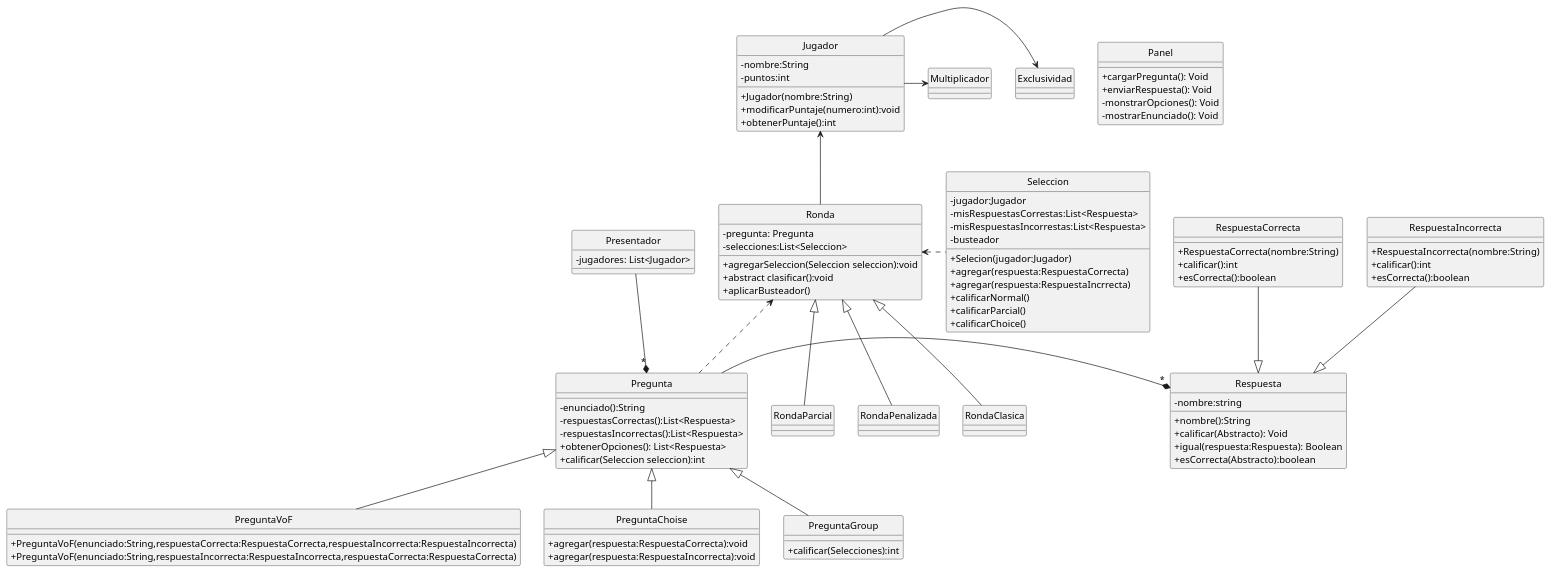
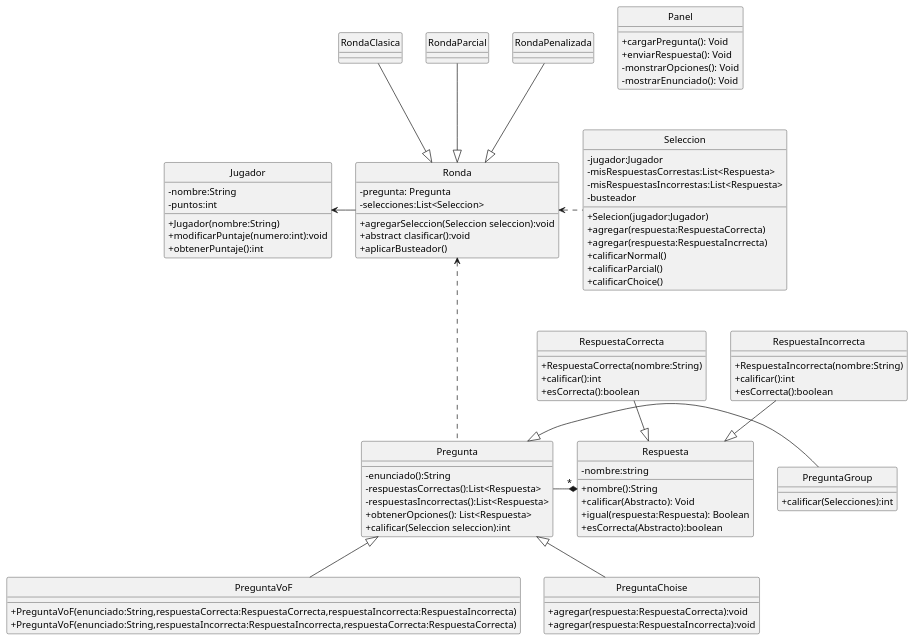
One commit to AmayaSantos/TP2-1 changed the diagram in src/main/java/edu/fiuba/algo3/modelo/diagramas/DiagramaDeClases.puml. Above: the diagram before and after it, drawn with PlantUML. The commit also changed 1 other file, not shown here.

Commit message:
Aclare diagramas de clases

```diff
--- a/src/main/java/edu/fiuba/algo3/modelo/diagramas/DiagramaDeClases.puml
+++ b/src/main/java/edu/fiuba/algo3/modelo/diagramas/DiagramaDeClases.puml
@@ -1,115 +1,107 @@
 @startuml
 hide circle
 skinparam classAttributeIconSize 0
 
 'Clases
 class Panel{
     +cargarPregunta(): Void
     +enviarRespuesta(): Void
     -monstrarOpciones(): Void
     -mostrarEnunciado(): Void
 }
 
-Class Presentador{
-    -jugadores: List<Jugador>
-}
 
 Class Pregunta{
     -enunciado():String
     -respuestasCorrectas():List<Respuesta>
     -respuestasIncorrectas():List<Respuesta>
     +obtenerOpciones(): List<Respuesta>
     +calificar(Seleccion seleccion):int
 }
 
 Class Respuesta{
     -nombre:string
     +nombre():String
     +calificar(Abstracto): Void
     +igual(respuesta:Respuesta): Boolean
     +esCorrecta(Abstracto):boolean
 }
 
 Class RespuestaCorrecta{
     +RespuestaCorrecta(nombre:String)
     +calificar():int
     +esCorrecta():boolean
 }
 
 Class RespuestaIncorrecta{
    +RespuestaIncorrecta(nombre:String)
     +calificar():int
     +esCorrecta():boolean
 }
 
 Class PreguntaVoF{
    +PreguntaVoF(enunciado:String,respuestaCorrecta:RespuestaCorrecta,respuestaIncorrecta:RespuestaIncorrecta)
    +PreguntaVoF(enunciado:String,respuestaIncorrecta:RespuestaIncorrecta,respuestaCorrecta:RespuestaCorrecta)
 }
 
 
 
 Class PreguntaChoise{
     +agregar(respuesta:RespuestaCorrecta):void
     +agregar(respuesta:RespuestaIncorrecta):void
 
 }
 
 
 
 
 Class PreguntaGroup{
     +calificar(Selecciones):int
 }
 
 
 
 Class Seleccion{
     -jugador:Jugador
     -misRespuestasCorrestas:List<Respuesta>
     -misRespuestasIncorrestas:List<Respuesta>
     -busteador
     +Selecion(jugador:Jugador)
     +agregar(respuesta:RespuestaCorrecta)
     +agregar(respuesta:RespuestaIncrrecta)
     +calificarNormal()
     +calificarParcial()
     +calificarChoice()
 }
 
 Class Jugador{
     -nombre:String
     -puntos:int
     +Jugador(nombre:String)
     + modificarPuntaje(numero:int):void
     +obtenerPuntaje():int
 }
 
 Class Ronda{
    -pregunta: Pregunta
    -selecciones:List<Seleccion>
    +agregarSeleccion(Seleccion seleccion):void
    +abstract clasificar():void
    +aplicarBusteador()
 }
 
 'Relaciones
-
-Presentador --* "*" Pregunta
 Pregunta -right-* "*" Respuesta
 RespuestaIncorrecta -down-|> Respuesta
 RespuestaCorrecta -down-|> Respuesta
 PreguntaVoF -up-|> Pregunta
 PreguntaChoise -up-|> Pregunta
-PreguntaGroup -up-|> Pregunta
-Pregunta .up.>Ronda
+PreguntaGroup -left-|> Pregunta
+Pregunta ..up.>Ronda
 Seleccion .left.>Ronda
-RondaClasica -up-|>Ronda
-RondaParcial -up-|>Ronda
-RondaPenalizada -up-|>Ronda
-Ronda -up-> Jugador
-Jugador -right-> Exclusividad
-Jugador -right-> Multiplicador
-
+RondaClasica -down-|>Ronda
+RondaParcial -down-|>Ronda
+RondaPenalizada -down-|>Ronda
+Ronda -left-> Jugador
 
 @enduml
```
